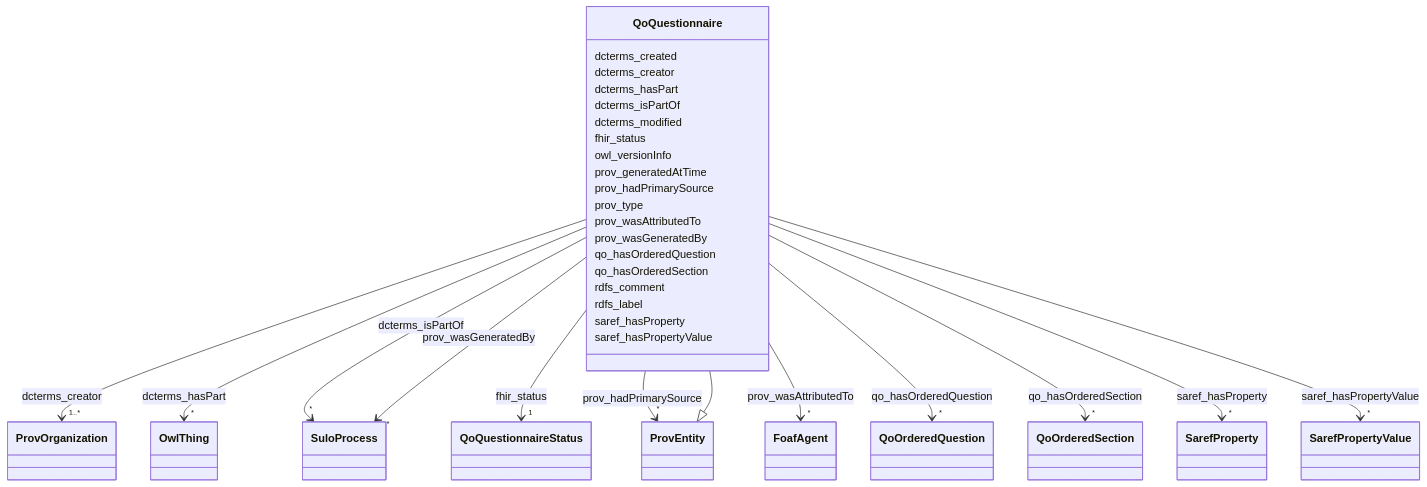
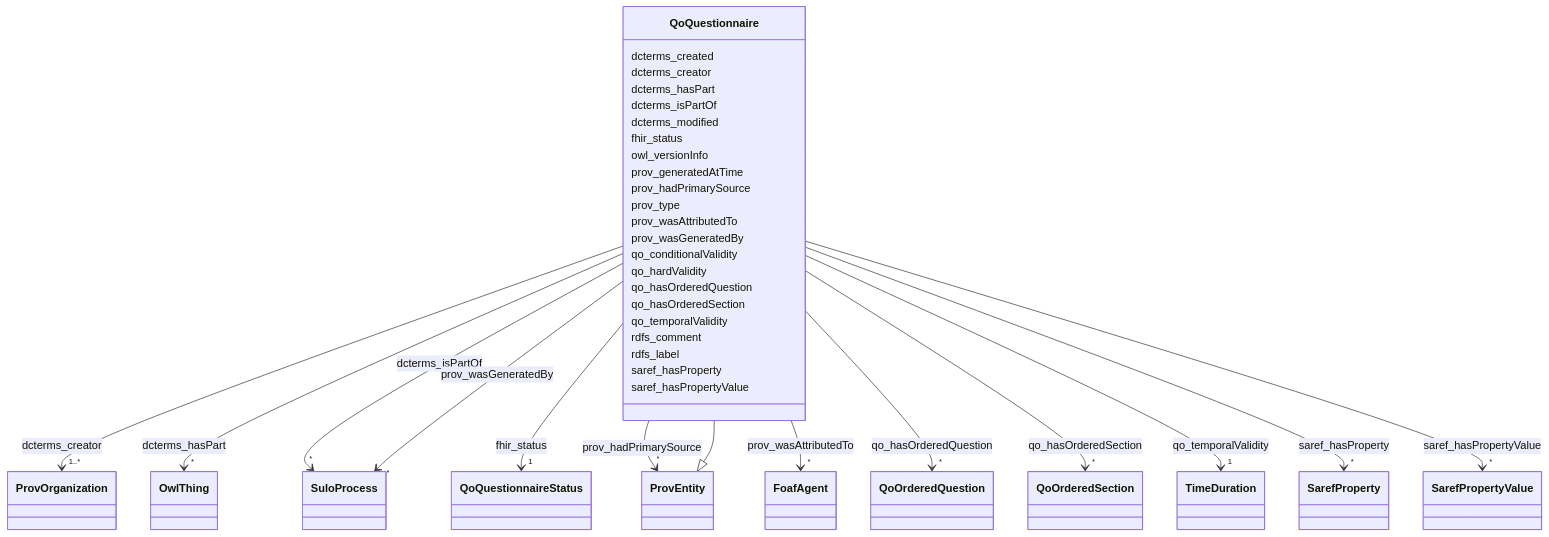
The diagram in docs/QoQuestionnaire.md (faqirfoundation/questionnaire-ontology), drawn with Mermaid before and after one commit. The commit also changed other lines of this file and 41 other files, not shown here.

```diff
--- a/docs/QoQuestionnaire.md
+++ b/docs/QoQuestionnaire.md
@@ -110,6 +110,10 @@
     
 
         
+      QoQuestionnaire : qo_conditionalValidity
+        
+      QoQuestionnaire : qo_hardValidity
+        
       QoQuestionnaire : qo_hasOrderedQuestion
         
           
@@ -129,6 +133,17 @@
         
         QoQuestionnaire --> "*" QoOrderedSection : qo_hasOrderedSection
         click QoOrderedSection href "../QoOrderedSection"
+    
+
+        
+      QoQuestionnaire : qo_temporalValidity
+        
+          
+    
+        
+        
+        QoQuestionnaire --> "1" TimeDuration : qo_temporalValidity
+        click TimeDuration href "../TimeDuration"
     
 
         
```
